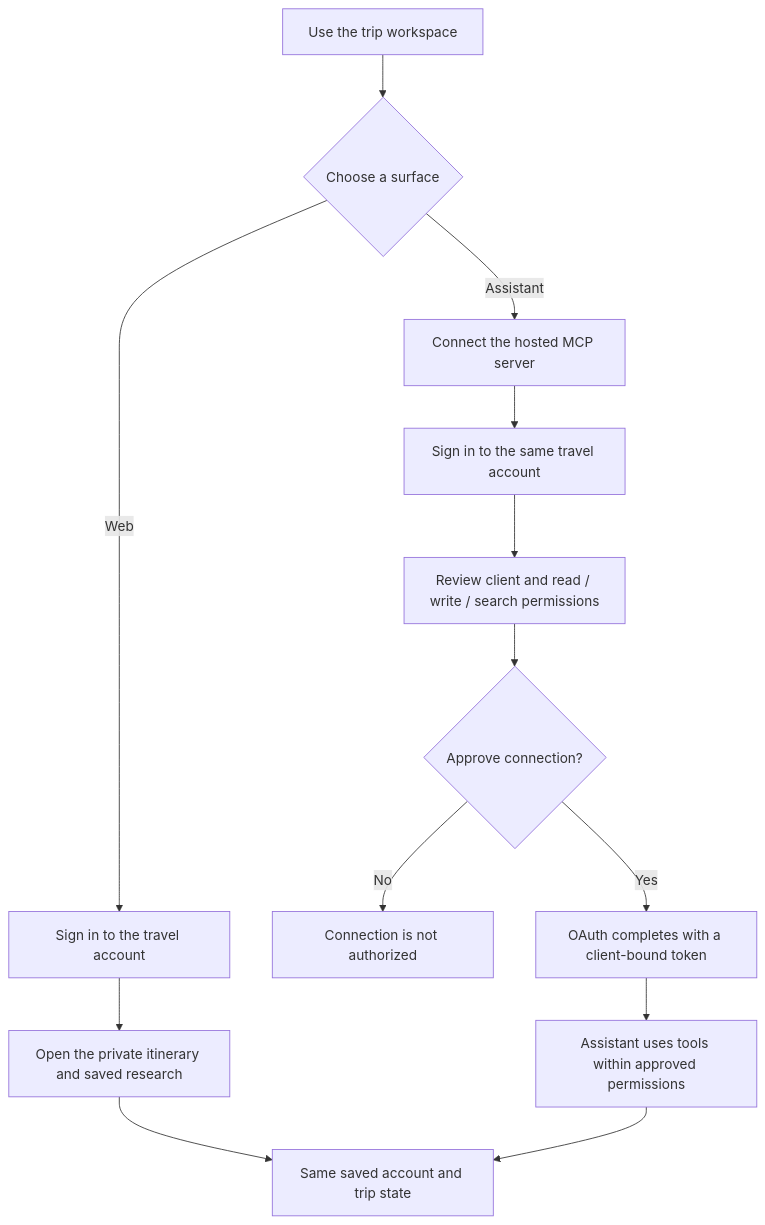
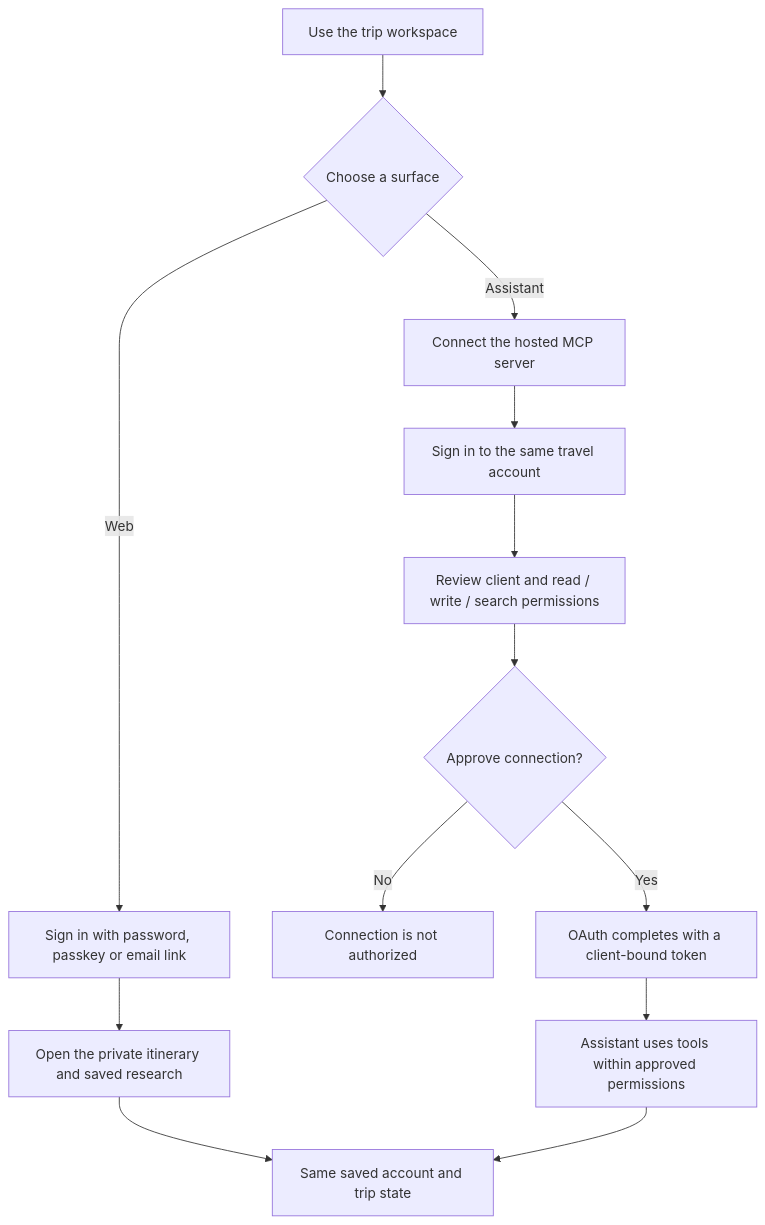
One commit to eddieyang-97/trip-planning-engine changed the first of 6 diagrams in docs/user-flows.md. Above: the diagram before and after it, drawn with Mermaid. The commit also changed other lines of this file and 8 other files, not shown here.

Commit message:
Clarify deployed passkey flows, recovery and verification boundaries (#62)

````diff
--- a/docs/user-flows.md
+++ b/docs/user-flows.md
@@ -9,15 +9,15 @@
 ```mermaid
 flowchart TB
     Start[Use the trip workspace] --> Surface{Choose a surface}
-    Surface -->|Web| WebSign[Sign in to the travel account]
+    Surface -->|Web| WebSign[Sign in with password, passkey or email link]
     WebSign --> WebTrip[Open the private itinerary and saved research]
     Surface -->|Assistant| Connect[Connect the hosted MCP server]
     Connect --> Account[Sign in to the same travel account]
     Account --> Consent[Review client and read / write / search permissions]
     Consent --> Approve{Approve connection?}
     Approve -->|No| Denied[Connection is not authorized]
     Approve -->|Yes| Tokens[OAuth completes with a client-bound token]
     Tokens --> Tools[Assistant uses tools within approved permissions]
     WebTrip --> Same[Same saved account and trip state]
     Tools --> Same
 ```
````
